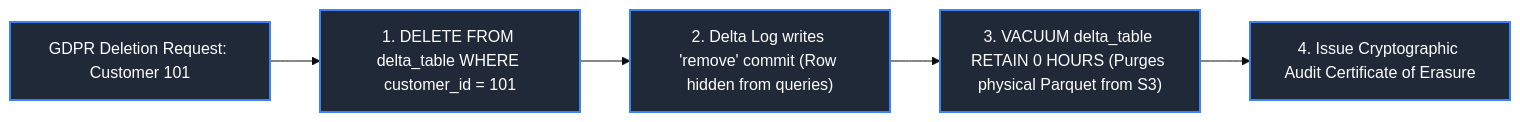
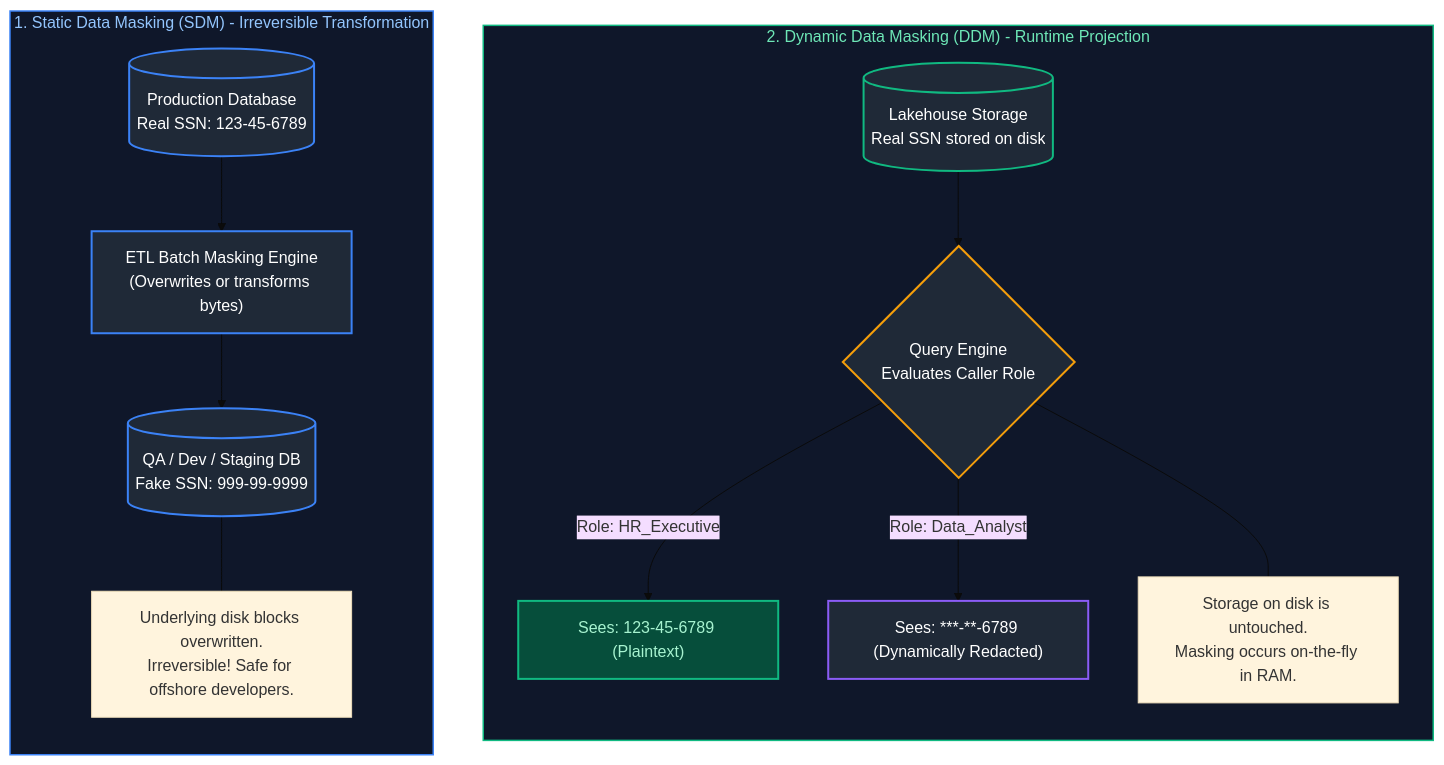
One commit to joydeep-biswas/Interview-Preparation changed the third of 9 diagrams in Data Engineering/14_data_governance_security_and_observability.md. Above: the diagram before and after it, drawn with Mermaid (base theme). The commit also changed other lines of this file and 143 other files, not shown here.

````diff
--- a/Data Engineering/14_data_governance_security_and_observability.md
+++ b/Data Engineering/14_data_governance_security_and_observability.md
@@ -276,13 +209,31 @@
 ```mermaid
-flowchart LR
-    Req["GDPR Deletion Request: Customer 101"] --> Del["1. DELETE FROM delta_table WHERE customer_id = 101"]
-    Del --> State["2. Delta Log writes 'remove' commit (Row hidden from queries)"]
-    State --> Vacuum["3. VACUUM delta_table RETAIN 0 HOURS (Purges physical Parquet from S3)"]
-    Vacuum --> Cert["4. Issue Cryptographic Audit Certificate of Erasure"]
+flowchart TD
+    subgraph DDM_Workflow ["2. Dynamic Data Masking (DDM) - Runtime Projection"]
+        direction TB
+        Lake[(Lakehouse Storage<br/>Real SSN stored on disk)]
+        QueryEngine{"Query Engine<br/>Evaluates Caller Role"}
+        Lake --> QueryEngine
+        QueryEngine -- Role: HR_Executive --> ViewReal["Sees: 123-45-6789 (Plaintext)"]
+        QueryEngine -- Role: Data_Analyst --> ViewMask["Sees: ***-**-6789 (Dynamically Redacted)"]
+        note2["Storage on disk is untouched.<br/>Masking occurs on-the-fly in RAM."]
+        QueryEngine --- note2
+    end
 
-    style Req fill:#1f2937,stroke:#3b82f6,stroke-width:2px,color:#fff
-    style Del fill:#1f2937,stroke:#3b82f6,stroke-width:2px,color:#fff
-    style State fill:#1f2937,stroke:#3b82f6,stroke-width:2px,color:#fff
-    style Vacuum fill:#1f2937,stroke:#3b82f6,stroke-width:2px,color:#fff
-    style Cert fill:#1f2937,stroke:#3b82f6,stroke-width:2px,color:#fff
+    subgraph SDM_Workflow ["1. Static Data Masking (SDM) - Irreversible Transformation"]
+        direction TB
+        Prod[(Production Database<br/>Real SSN: 123-45-6789)] --> MaskingJob["ETL Batch Masking Engine<br/>(Overwrites or transforms bytes)"]
+        MaskingJob --> Dev[(QA / Dev / Staging DB<br/>Fake SSN: 999-99-9999)]
+        note1["Underlying disk blocks overwritten.<br/>Irreversible! Safe for offshore developers."]
+        Dev --- note1
+    end
+
+    style SDM_Workflow fill:#0f172a,stroke:#3b82f6,stroke-width:1.5px,color:#93c5fd
+    style DDM_Workflow fill:#0f172a,stroke:#10b981,stroke-width:1.5px,color:#6ee7b7
+    style Prod fill:#1f2937,stroke:#3b82f6,stroke-width:2px,color:#fff
+    style MaskingJob fill:#1f2937,stroke:#3b82f6,stroke-width:2px,color:#fff
+    style Dev fill:#1f2937,stroke:#3b82f6,stroke-width:2px,color:#fff
+    style Lake fill:#1f2937,stroke:#10b981,stroke-width:2px,color:#fff
+    style QueryEngine fill:#1f2937,stroke:#f59e0b,stroke-width:2px,color:#fff
+    style ViewReal fill:#064e3b,stroke:#10b981,stroke-width:2px,color:#a7f3d0
+    style ViewMask fill:#1f2937,stroke:#8b5cf6,stroke-width:2px,color:#fff
 ```
````
